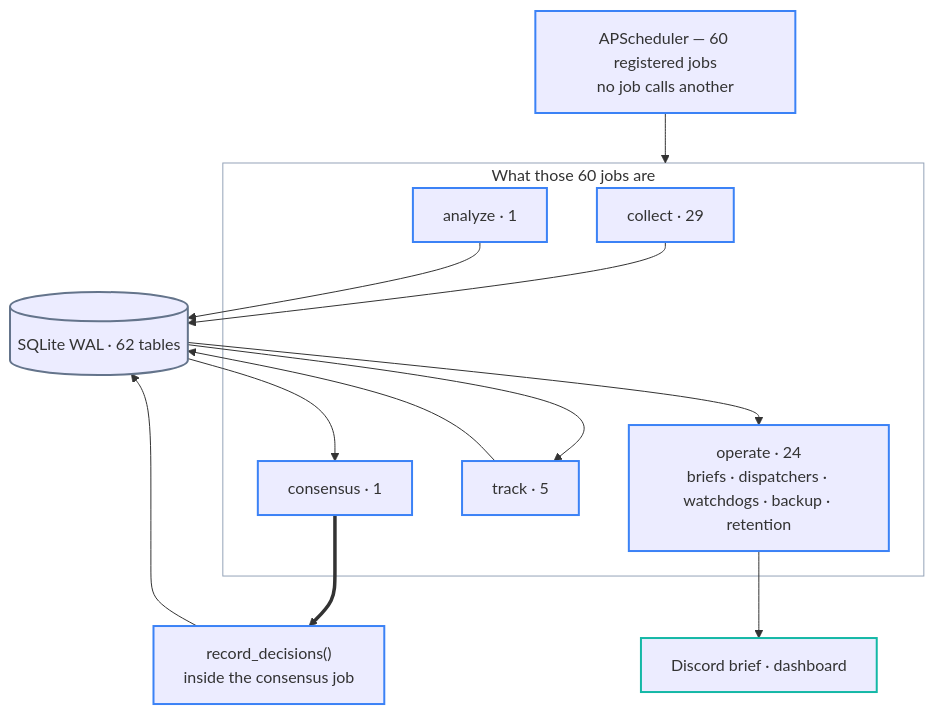
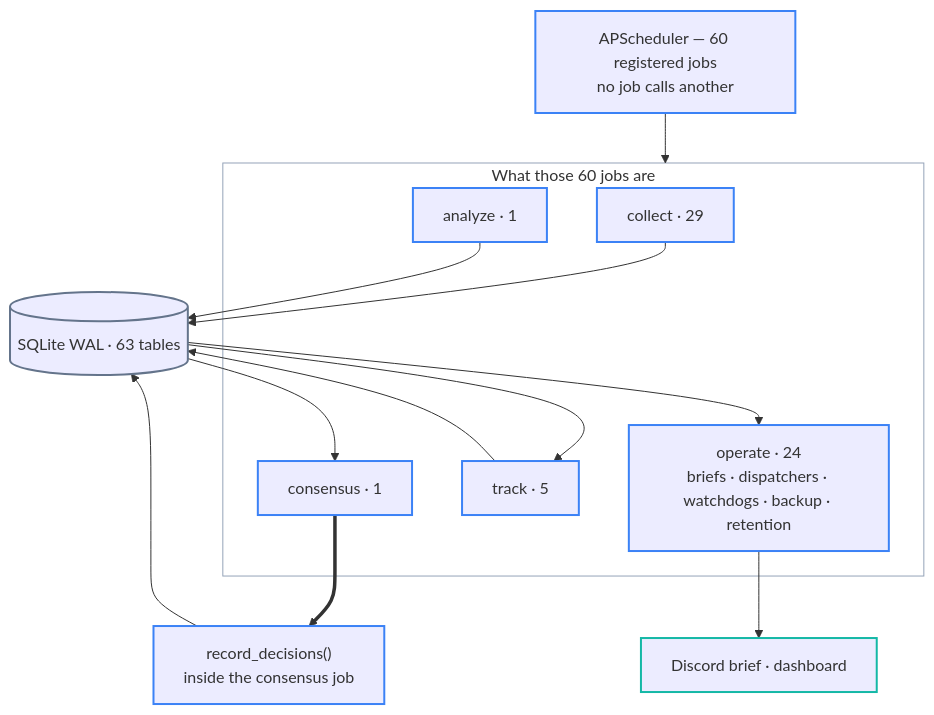
One commit to researcherhojin/nuri-quant changed the first of 3 diagrams in docs/ARCHITECTURE.md. Above: the diagram before and after it, drawn with Mermaid. The commit also changed other lines of this file and 5 other files, not shown here.

````diff
--- a/docs/ARCHITECTURE.md
+++ b/docs/ARCHITECTURE.md
@@ -23,35 +23,35 @@
 ```mermaid
 flowchart TB
     CLOCK["APScheduler — 60 registered jobs<br/>no job calls another"]
 
     subgraph JOBS["What those 60 jobs are"]
         JC["collect · 29"]
         JA["analyze · 1"]
         JD["consensus · 1"]
         JT["track · 5"]
         JO["operate · 24<br/>briefs · dispatchers · watchdogs · backup · retention"]
     end
 
-    DB[("SQLite WAL · 62 tables")]
+    DB[("SQLite WAL · 63 tables")]
     RD["record_decisions()<br/>inside the consensus job"]
     OUT["Discord brief · dashboard"]
 
     CLOCK --> JOBS
     JC --> DB
     JA --> DB
     DB --> JD
     JD ==> RD
     RD --> DB
     DB --> JT
     JT --> DB
     DB --> JO --> OUT
 
     classDef step  stroke:#3b82f6,stroke-width:2px
     classDef store stroke:#64748b,stroke-width:2px
     classDef out   stroke:#14b8a6,stroke-width:2px
     classDef zone  fill:none,stroke:#94a3b8,stroke-width:1px
     class CLOCK,JC,JA,JD,JT,JO,RD step
     class DB store
     class OUT out
     class JOBS zone
 ```
````
